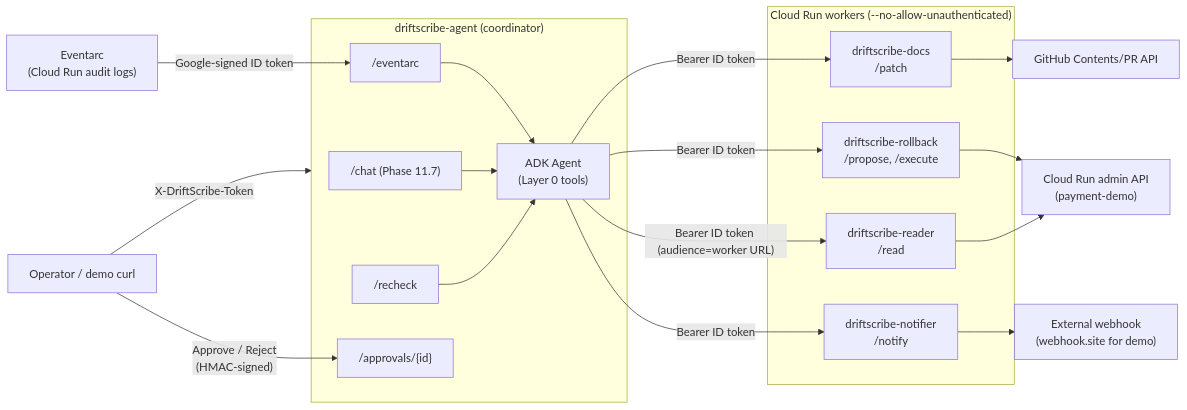
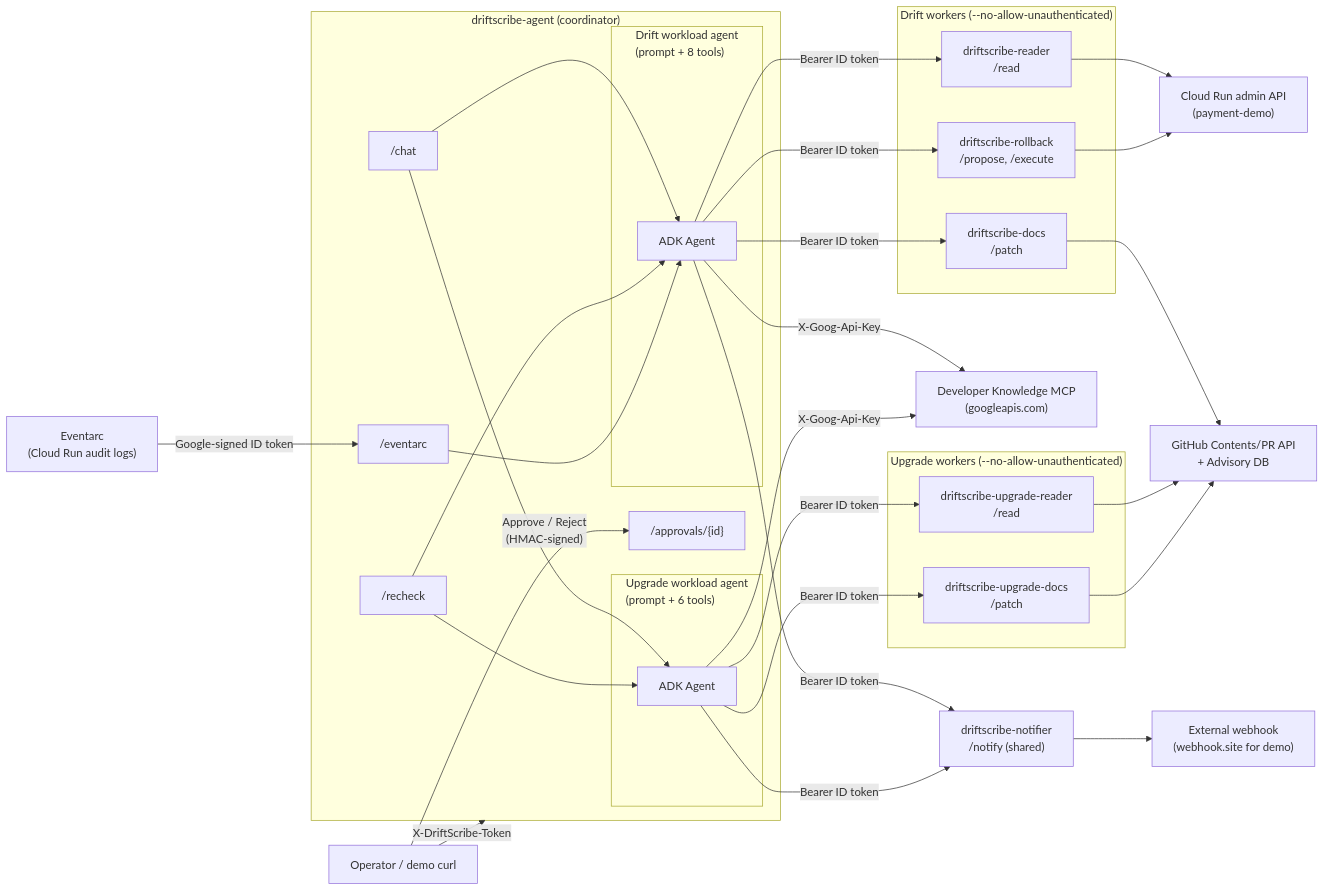
Before and after one commit to adi-prasetyo/driftscribe: the diagram in docs/architecture/multi-agent-design.md, drawn with Mermaid. The commit also changed other lines of this file, not shown here.

First line of the commit message:
docs(arch): multi-agent-design narrative for Phase 17 (17.D.3)

````diff
--- a/docs/architecture/multi-agent-design.md
+++ b/docs/architecture/multi-agent-design.md
@@ -11,36 +11,57 @@
 ```mermaid
 flowchart LR
     Human["Operator / demo curl"]
+    Eventarc_GCP["Eventarc\n(Cloud Run audit logs)"]
+    Webhook["External webhook\n(webhook.site for demo)"]
+    GitHub["GitHub Contents/PR API\n+ Advisory DB"]
+    CloudRunAdmin["Cloud Run admin API\n(payment-demo)"]
+    DKMCP["Developer Knowledge MCP\n(googleapis.com)"]
+
     subgraph Coordinator["driftscribe-agent (coordinator)"]
-        Chat["/chat (Phase 11.7)"]
+        Chat["/chat"]
         Recheck["/recheck"]
         Eventarc["/eventarc"]
         Approvals["/approvals/{id}"]
-        ADK["ADK Agent\n(Layer 0 tools)"]
-        Recheck --> ADK
-        Chat --> ADK
-        Eventarc --> ADK
+        subgraph Drift["Drift workload agent\n(prompt + 8 tools)"]
+            ADKd["ADK Agent"]
+        end
+        subgraph Upgrade["Upgrade workload agent\n(prompt + 6 tools)"]
+            ADKu["ADK Agent"]
+        end
+        Chat --> ADKd
+        Chat --> ADKu
+        Recheck --> ADKd
+        Recheck --> ADKu
+        Eventarc --> ADKd
     end
-    subgraph Workers["Cloud Run workers (--no-allow-unauthenticated)"]
+
+    subgraph DriftWorkers["Drift workers (--no-allow-unauthenticated)"]
         Reader["driftscribe-reader\n/read"]
         Docs["driftscribe-docs\n/patch"]
         Rollback["driftscribe-rollback\n/propose, /execute"]
-        Notifier["driftscribe-notifier\n/notify"]
     end
-    Eventarc_GCP["Eventarc\n(Cloud Run audit logs)"]
-    Webhook["External webhook\n(webhook.site for demo)"]
-    GitHub["GitHub Contents/PR API"]
-    CloudRunAdmin["Cloud Run admin API\n(payment-demo)"]
+    subgraph UpgradeWorkers["Upgrade workers (--no-allow-unauthenticated)"]
+        UReader["driftscribe-upgrade-reader\n/read"]
+        UDocs["driftscribe-upgrade-docs\n/patch"]
+    end
+    Notifier["driftscribe-notifier\n/notify (shared)"]
 
     Human -- "X-DriftScribe-Token" --> Coordinator
     Eventarc_GCP -- "Google-signed ID token" --> Eventarc
-    ADK -- "Bearer ID token (audience=worker URL)" --> Reader
-    ADK -- "Bearer ID token" --> Docs
-    ADK -- "Bearer ID token" --> Rollback
-    ADK -- "Bearer ID token" --> Notifier
+    ADKd -- "Bearer ID token" --> Reader
+    ADKd -- "Bearer ID token" --> Docs
+    ADKd -- "Bearer ID token" --> Rollback
+    ADKu -- "Bearer ID token" --> UReader
+    ADKu -- "Bearer ID token" --> UDocs
+    ADKd -- "Bearer ID token" --> Notifier
+    ADKu -- "Bearer ID token" --> Notifier
+    ADKd -- "X-Goog-Api-Key" --> DKMCP
+    ADKu -- "X-Goog-Api-Key" --> DKMCP
     Reader --> CloudRunAdmin
     Docs --> GitHub
     Rollback --> CloudRunAdmin
+    UReader --> GitHub
+    UDocs --> GitHub
     Notifier --> Webhook
     Human -- "Approve / Reject\n(HMAC-signed)" --> Approvals
 ```
````
